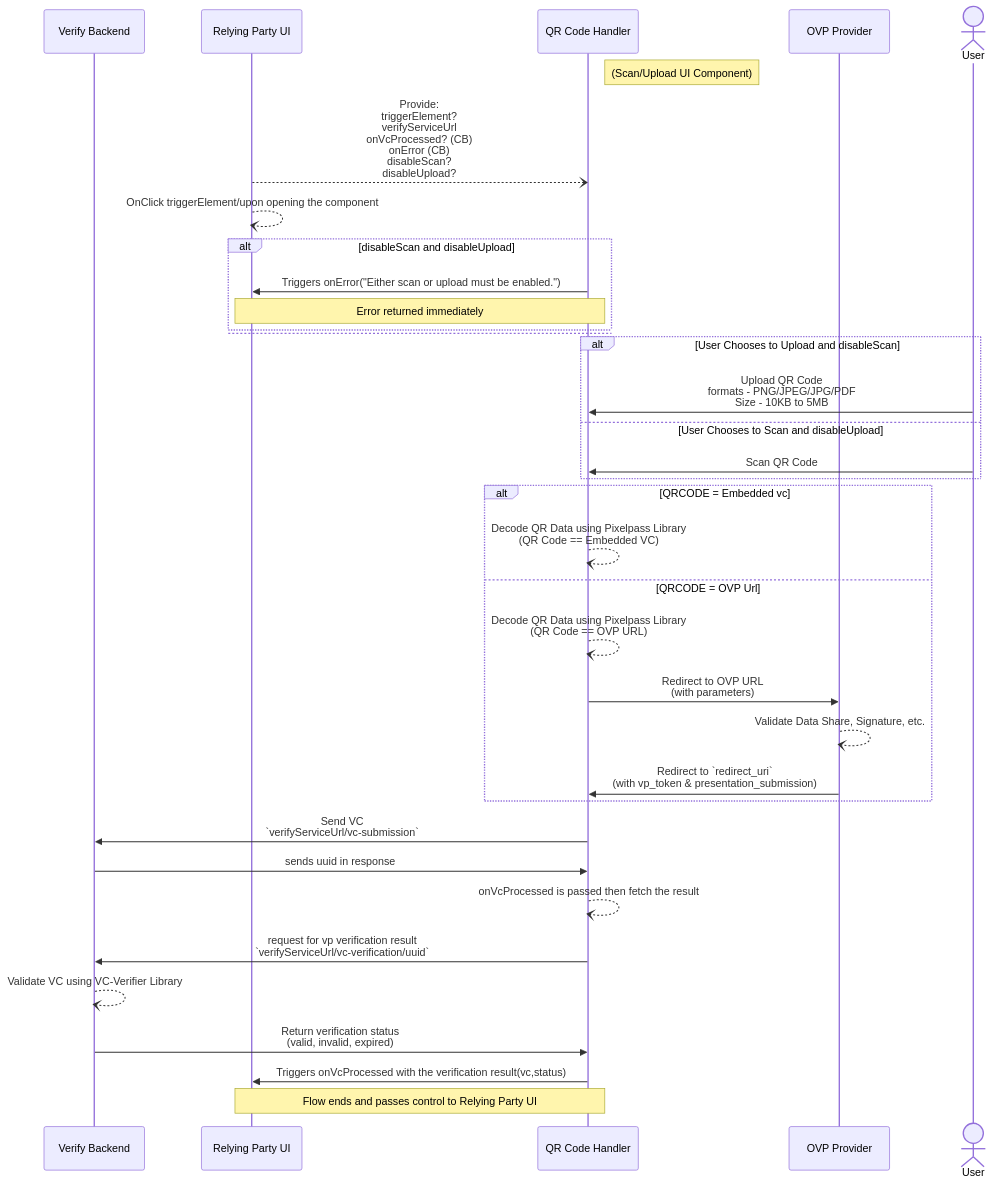
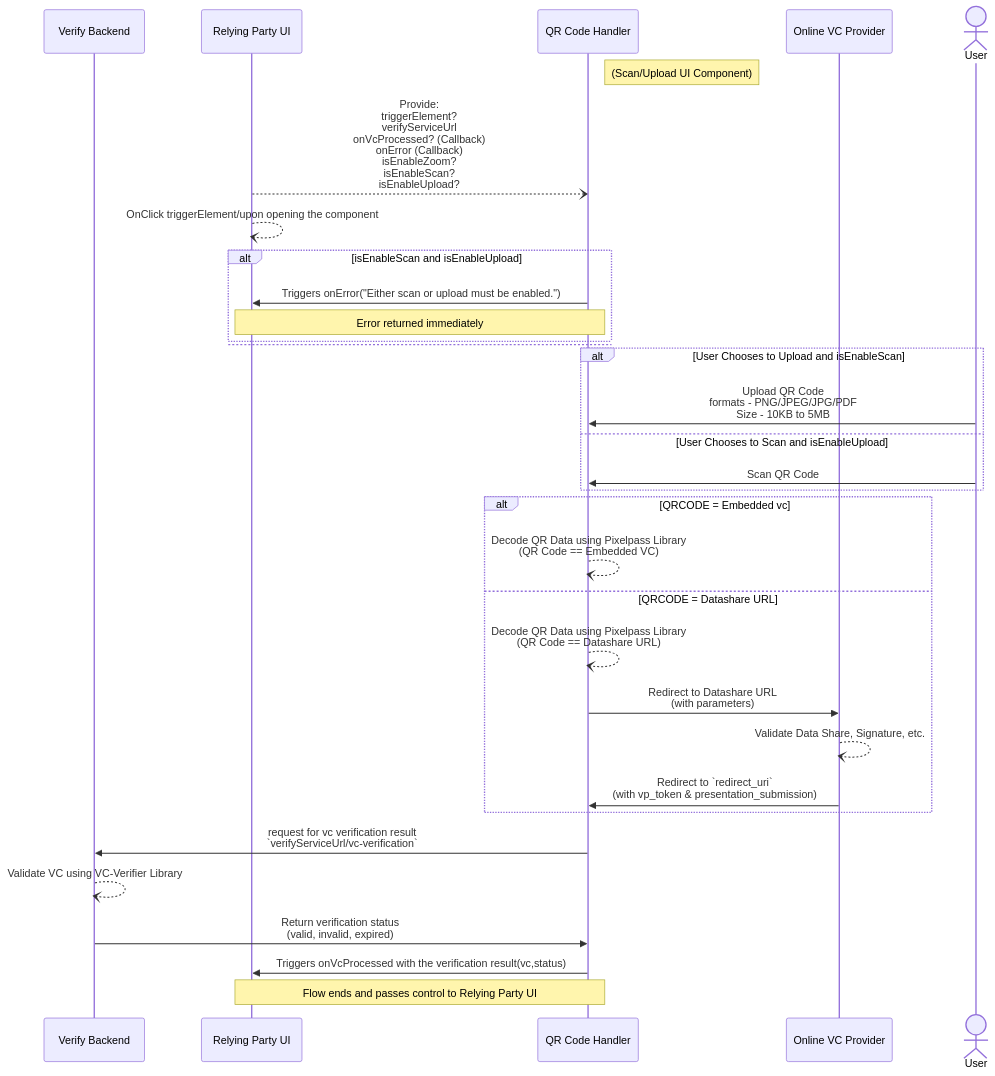
The first of 3 diagrams in docs/InjiVerifySDKScanAndUpload.md (mosip/inji-verify), drawn with Mermaid before and after one commit. The commit also changed other lines of this file and 1 other file, not shown here.

Commit message:
[INJIVER-1157] - re-structure design docs to put up verify's current implementation at first

````diff
--- a/docs/InjiVerifySDKScanAndUpload.md
+++ b/docs/InjiVerifySDKScanAndUpload.md
@@ -109,40 +7,36 @@
 ```mermaid
 sequenceDiagram
     participant Verify Backend
     participant Relying Party UI
     participant QR Code Handler
     note right of QR Code Handler: (Scan/Upload UI Component)
-    participant OVP Provider
+    participant Online VC Provider
     actor User
 
 
-
-    Relying Party UI --) QR Code Handler: Provide: <br> triggerElement? <br> verifyServiceUrl <br> onVcProcessed? (CB) <br> onError (CB) <br> disableScan? <br> disableUpload?     
+    Relying Party UI --) QR Code Handler: Provide: <br> triggerElement? <br> verifyServiceUrl <br> onVcProcessed? (Callback) <br> onError (Callback) <br> isEnableZoom? <br> isEnableScan? <br> isEnableUpload?     
     Relying Party UI --) Relying Party UI: OnClick triggerElement/upon opening the component
-    alt disableScan and disableUpload
+    alt isEnableScan and isEnableUpload
         QR Code Handler ->> Relying Party UI: Triggers onError("Either scan or upload must be enabled.")
         Note over QR Code Handler, Relying Party UI: Error returned immediately
     else 
     end
-    alt User Chooses to Upload and disableScan
+    alt User Chooses to Upload and isEnableScan
             User ->> QR Code Handler: Upload QR Code <br> formats - PNG/JPEG/JPG/PDF <br> Size - 10KB to 5MB
-    else User Chooses to Scan and disableUpload
+    else User Chooses to Scan and isEnableUpload
             User ->> QR Code Handler: Scan QR Code
     end
     alt QRCODE = Embedded vc
         QR Code Handler --) QR Code Handler: Decode QR Data using Pixelpass Library <br> (QR Code == Embedded VC)
-    else QRCODE = OVP Url
-        QR Code Handler --) QR Code Handler: Decode QR Data using Pixelpass Library <br> (QR Code == OVP URL)
-        QR Code Handler ->> OVP Provider: Redirect to OVP URL <br> (with parameters)
-        OVP Provider --) OVP Provider: Validate Data Share, Signature, etc.
-        OVP Provider ->> QR Code Handler: Redirect to `redirect_uri` <br> (with vp_token & presentation_submission)
+    else QRCODE = Datashare URL
+        QR Code Handler --) QR Code Handler: Decode QR Data using Pixelpass Library <br> (QR Code == Datashare URL)
+        QR Code Handler ->> Online VC Provider: Redirect to Datashare URL <br> (with parameters)
+       Online VC Provider --) Online VC Provider: Validate Data Share, Signature, etc.
+        Online VC Provider ->> QR Code Handler: Redirect to `redirect_uri` <br> (with vp_token & presentation_submission)
     end
-    QR Code Handler ->> Verify Backend: Send VC  <br> `verifyServiceUrl/vc-submission`
-    Verify Backend ->> QR Code Handler: sends uuid in response
-    QR Code Handler --) QR Code Handler: onVcProcessed is passed then fetch the result
-    QR Code Handler ->> Verify Backend: request for vp verification result <br> `verifyServiceUrl/vc-verification/uuid`
+    QR Code Handler ->> Verify Backend: request for vc verification result <br> `verifyServiceUrl/vc-verification`
     Verify Backend --) Verify Backend: Validate VC using VC-Verifier Library
     Verify Backend ->> QR Code Handler: Return verification status <br> (valid, invalid, expired)
     QR Code Handler ->> Relying Party UI: Triggers onVcProcessed with the verification result(vc,status)
     Note over QR Code Handler, Relying Party UI: Flow ends and passes control to Relying Party UI
 ```
````
